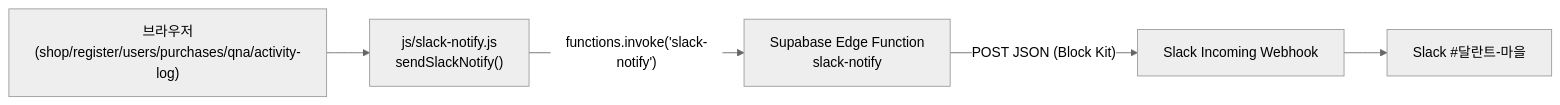
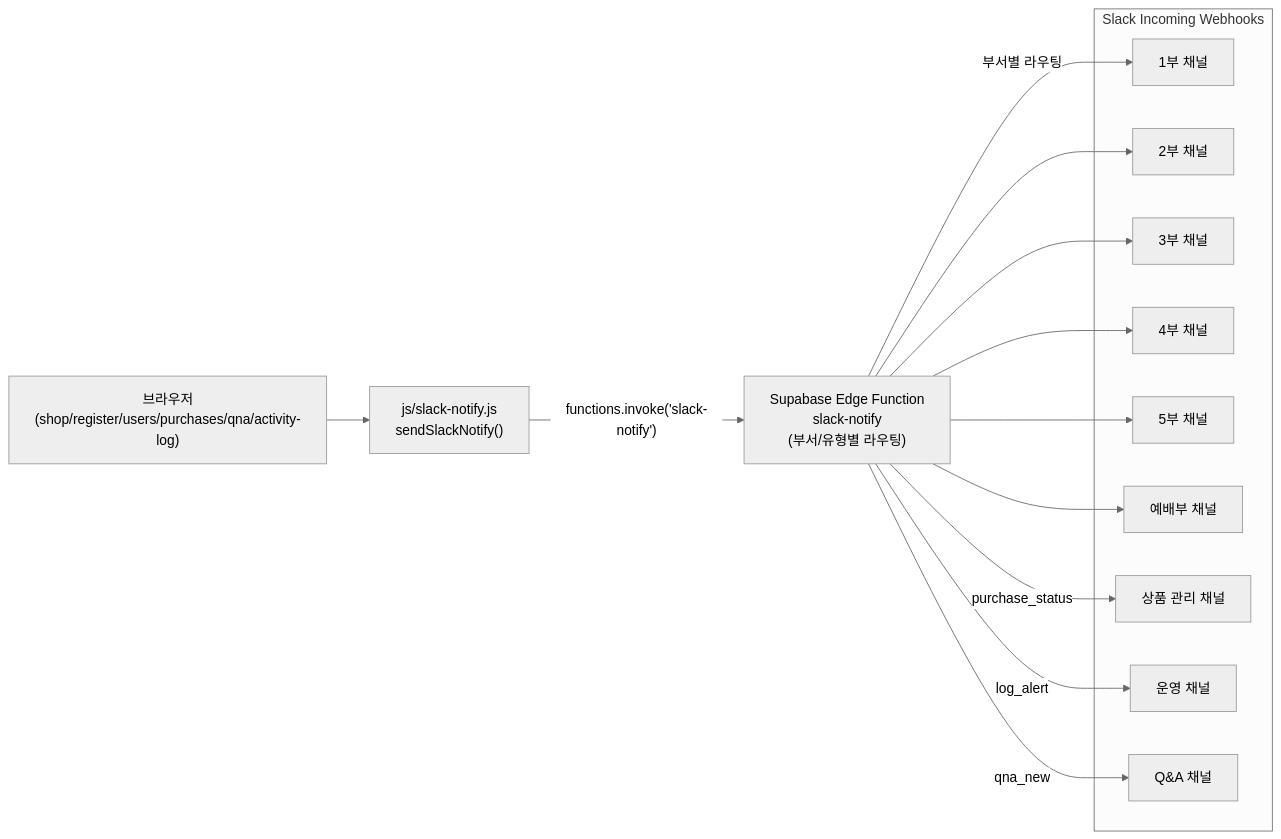
One commit to CHO-Talents/CHO-Talents changed diagram 12 of 13 in docs/PROJECT_ARCHITECTURE_FLOW.md. Above: the diagram before and after it, drawn with Mermaid (neutral theme). The commit also changed other lines of this file and 44 other files, not shown here.

First line of the commit message:
feat: Q&A 미답변 배지 + Slack 알림 채널별 라우팅 (v3.46.0)

````diff
--- a/docs/PROJECT_ARCHITECTURE_FLOW.md
+++ b/docs/PROJECT_ARCHITECTURE_FLOW.md
@@ -449,13 +449,30 @@
 ```mermaid
 flowchart LR
   Browser["브라우저<br/>(shop/register/users/purchases/qna/activity-log)"]
   SlackJS["js/slack-notify.js<br/>sendSlackNotify()"]
-  EdgeFn["Supabase Edge Function<br/>slack-notify"]
-  Webhook["Slack Incoming Webhook"]
-  Channel["Slack #달란트-마을"]
+  EdgeFn["Supabase Edge Function<br/>slack-notify<br/>(부서/유형별 라우팅)"]
+  
+  subgraph Webhooks["Slack Incoming Webhooks"]
+    Part1["1부 채널"]
+    Part2["2부 채널"]
+    Part3["3부 채널"]
+    Part4["4부 채널"]
+    Part5["5부 채널"]
+    Worship["예배부 채널"]
+    Product["상품 관리 채널"]
+    Ops["운영 채널"]
+    Answer["Q&A 채널"]
+  end
 
   Browser --> SlackJS
   SlackJS -->|"functions.invoke('slack-notify')"| EdgeFn
-  EdgeFn -->|"POST JSON (Block Kit)"| Webhook
-  Webhook --> Channel
+  EdgeFn -->|"부서별 라우팅"| Part1
+  EdgeFn --> Part2
+  EdgeFn --> Part3
+  EdgeFn --> Part4
+  EdgeFn --> Part5
+  EdgeFn --> Worship
+  EdgeFn -->|"purchase_status"| Product
+  EdgeFn -->|"log_alert"| Ops
+  EdgeFn -->|"qna_new"| Answer
 ```
````
